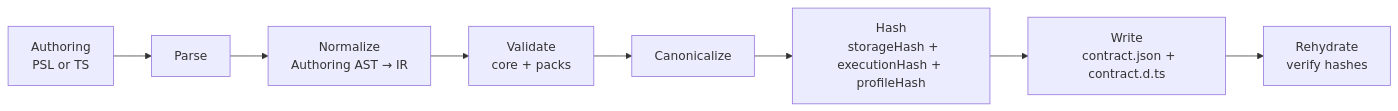
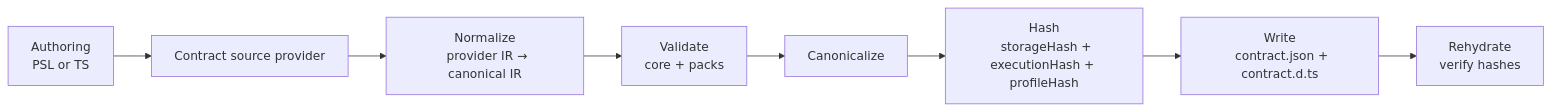
The diagram in docs/architecture docs/subsystems/2. Contract Emitter & Types.md (prisma/prisma-next), drawn with Mermaid before and after one commit. The commit also changed other lines of this file and 5 other files, not shown here.

First line of the commit message:
docs(architecture): clarify provider sources and provenance rules

````diff
--- a/docs/architecture docs/subsystems/2. Contract Emitter & Types.md
+++ b/docs/architecture docs/subsystems/2. Contract Emitter & Types.md
@@ -111,16 +111,16 @@
 ```mermaid
 flowchart LR
   A[Authoring
-  PSL or TS] --> P[Parse]
-  P --> N[Normalize
-  Authoring AST → IR]
+  PSL or TS] --> S[Contract source provider]
+  S --> N[Normalize
+  provider IR → canonical IR]
   N --> V[Validate
   core + packs]
   V --> C[Canonicalize]
   C --> H[Hash
   storageHash + executionHash + profileHash]
   H --> W[Write
   contract.json + contract.d.ts]
   W --> R[Rehydrate
   verify hashes]
 ```
````
